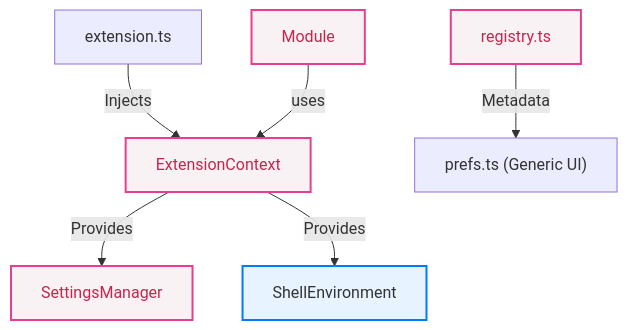
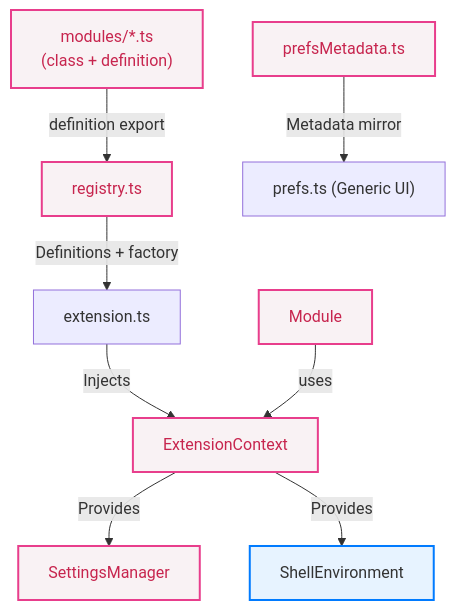
The diagram in CONTRIBUTING.md (luminusOS/aurora-shell), drawn with Mermaid before and after one commit. The commit also changed other lines of this file and 44 other files, not shown here.

````diff
--- a/CONTRIBUTING.md
+++ b/CONTRIBUTING.md
@@ -9,13 +9,15 @@
 ```mermaid
 graph TD
     classDef core fill:#f9f2f4,stroke:#e83e8c,stroke-width:2px,color:#c7254e;
     classDef adapter fill:#e7f3ff,stroke:#007bff,stroke-width:2px;
-    
+
     A["extension.ts"] -->|Injects| B["ExtensionContext"]:::core
     B -->|Provides| C["SettingsManager"]:::core
     B -->|Provides| D["ShellEnvironment"]:::adapter
-    
+
     E["Module"]:::core -->|uses| B
-    
-    F["registry.ts"]:::core -->|Metadata| G["prefs.ts (Generic UI)"]
+
+    M["modules/*.ts<br/>(class + definition)"]:::core -->|definition export| F["registry.ts"]:::core
+    F -->|Definitions + factory| A
+    P["prefsMetadata.ts"]:::core -->|Metadata mirror| G["prefs.ts (Generic UI)"]
 ```
````
